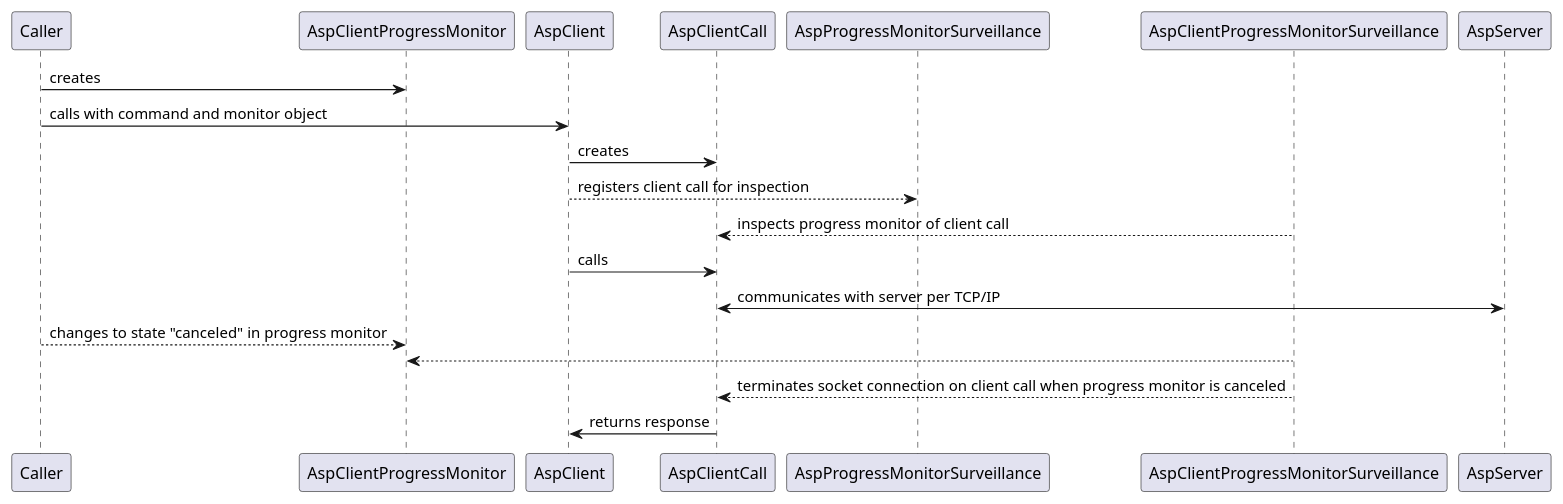
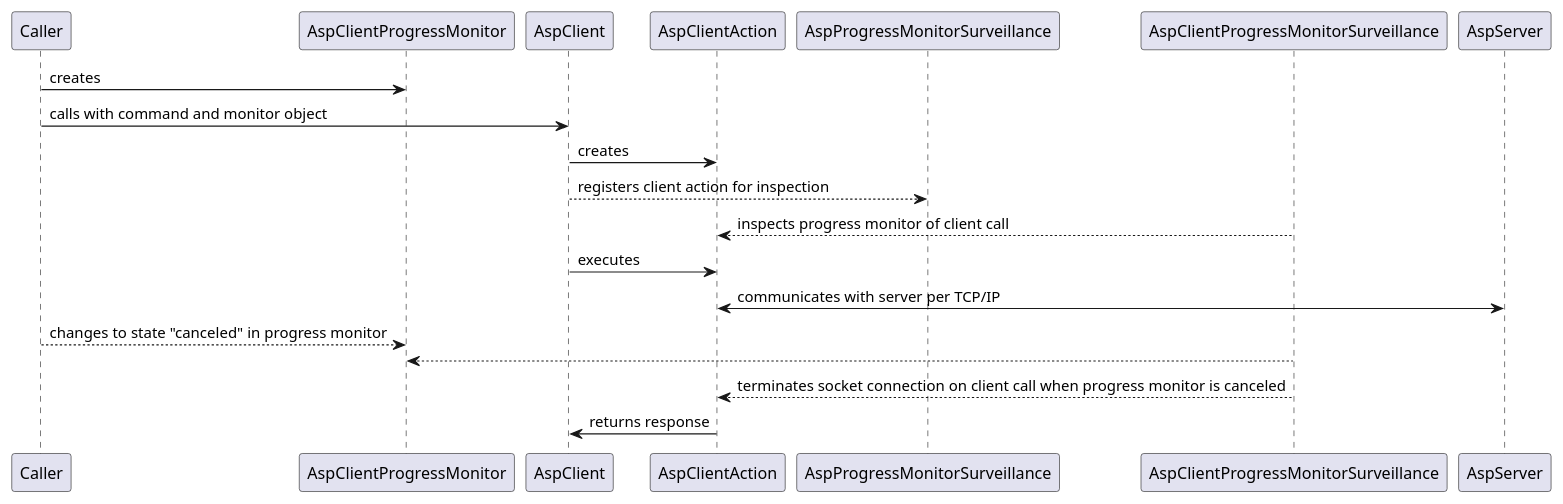
One commit to de-jcup/asp changed the diagram in asp-doc/src/doc/asciidoc/diagrams/client-cancel-mechanism.puml. Above: the diagram before and after it, drawn with PlantUML. The commit also changed 8 other files, not shown here.

```diff
--- a/asp-doc/src/doc/asciidoc/diagrams/client-cancel-mechanism.puml
+++ b/asp-doc/src/doc/asciidoc/diagrams/client-cancel-mechanism.puml
@@ -1,14 +1,12 @@
-@startuml
 
     Caller -> AspClientProgressMonitor: creates 
     Caller -> AspClient :calls with command and monitor object
-    AspClient -> AspClientCall :creates 
-    AspClient --> AspProgressMonitorSurveillance :registers client call for inspection 
-    AspClientCall <-- AspClientProgressMonitorSurveillance : inspects progress monitor of client call
-    AspClient -> AspClientCall :calls
-    AspClientCall <-> AspServer :communicates with server per TCP/IP
+    AspClient -> AspClientAction :creates 
+    AspClient --> AspProgressMonitorSurveillance :registers client action for inspection 
+    AspClientAction <-- AspClientProgressMonitorSurveillance : inspects progress monitor of client call
+    AspClient -> AspClientAction :executes
+    AspClientAction <-> AspServer :communicates with server per TCP/IP
     Caller --> AspClientProgressMonitor: changes to state "canceled" in progress monitor 
     AspClientProgressMonitor <--AspClientProgressMonitorSurveillance
-    AspClientCall <-- AspClientProgressMonitorSurveillance : terminates socket connection on client call when progress monitor is canceled
-    AspClient <- AspClientCall : returns response 
-@enduml
+    AspClientAction <-- AspClientProgressMonitorSurveillance : terminates socket connection on client call when progress monitor is canceled
+    AspClient <- AspClientAction : returns response 
```
